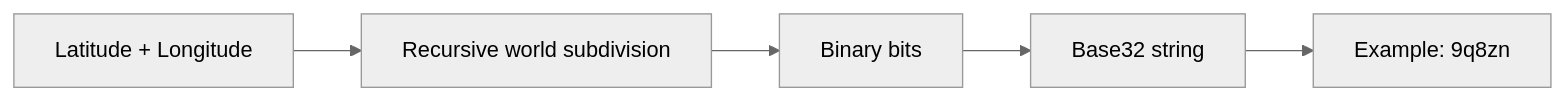
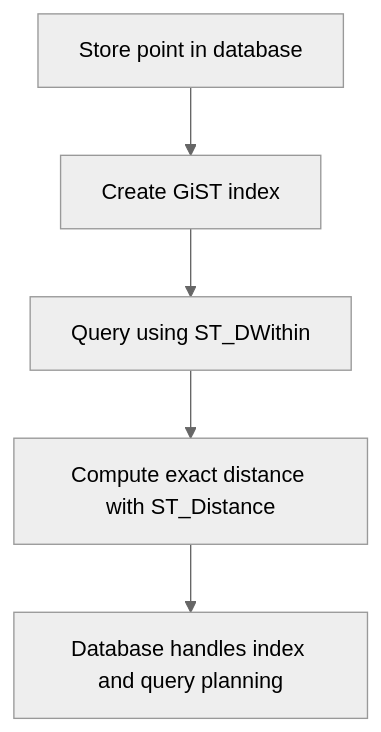
Before and after one commit to mthaiseer/springcloud-systemdesign-notes: the eighth of 17 diagrams in HLD_NOTES/004_INTERVIEW_PROBLEMS/013_proximity_service_visual_notes.md, drawn with Mermaid (neutral theme). The commit also changed other lines of this file and 1 other file, not shown here.

````diff
--- a/HLD_NOTES/004_INTERVIEW_PROBLEMS/013_proximity_service_visual_notes.md
+++ b/HLD_NOTES/004_INTERVIEW_PROBLEMS/013_proximity_service_visual_notes.md
@@ -235,7 +323,7 @@
 ```mermaid
-flowchart LR
-    A[Latitude + Longitude] --> B[Recursive world subdivision]
-    B --> C[Binary bits]
-    C --> D[Base32 string]
-    D --> E[Example: 9q8zn]
+flowchart TB
+    A[Store point in database] --> B[Create GiST index]
+    B --> C[Query using ST_DWithin]
+    C --> D[Compute exact distance with ST_Distance]
+    D --> E[Database handles index and query planning]
 ```
````
